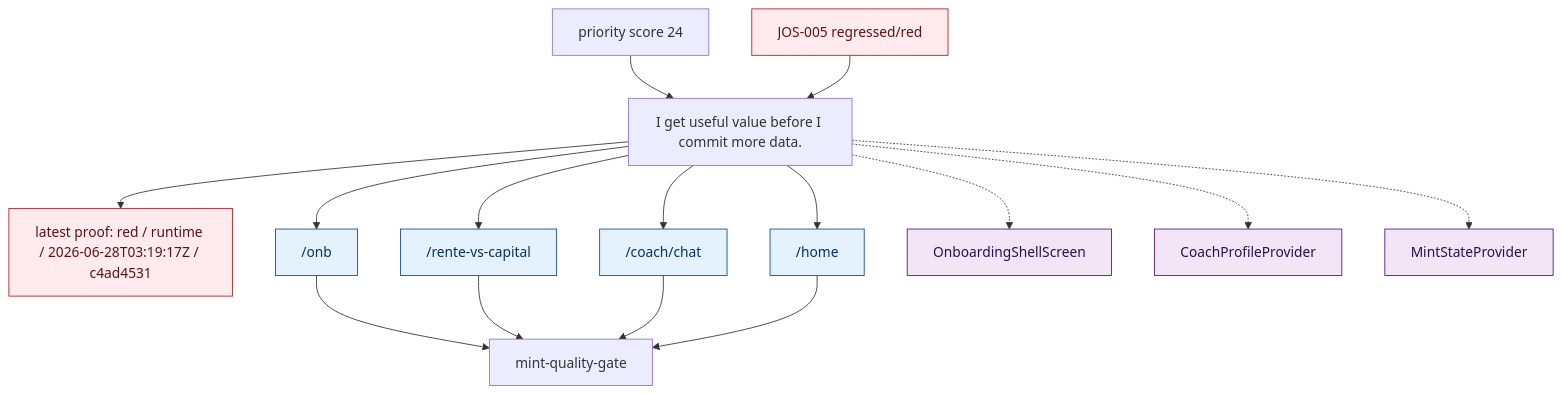
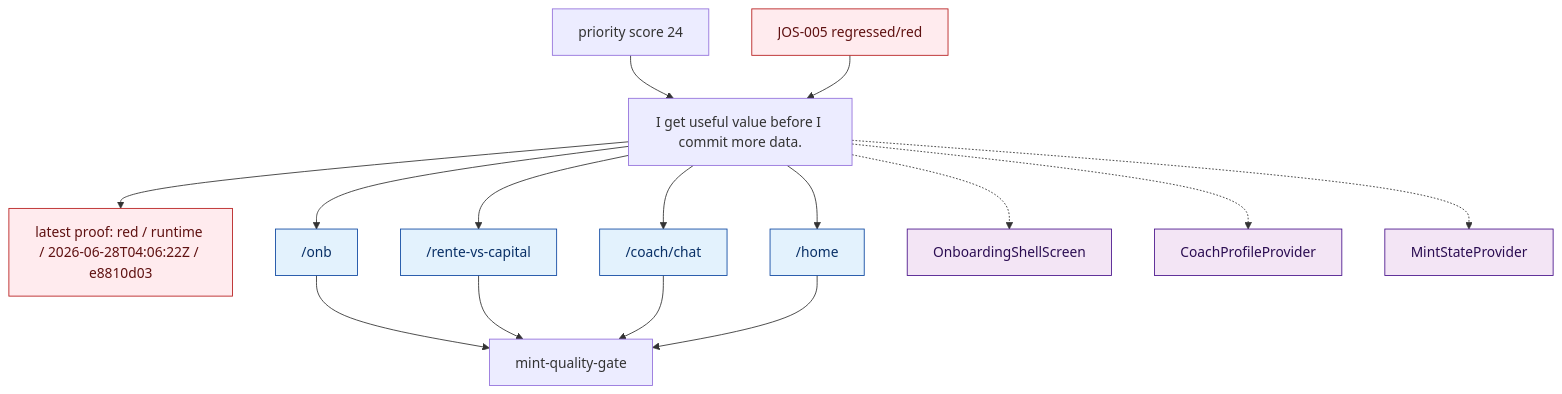
One commit to MINT-IA/MINT changed the diagram in .planning/journeys/diagrams/onboarding_first_value.mmd. Above: the diagram before and after it, drawn with Mermaid. The commit also changed 12 other files, not shown here.

```diff
--- a/.planning/journeys/diagrams/onboarding_first_value.mmd
+++ b/.planning/journeys/diagrams/onboarding_first_value.mmd
@@ -1,45 +1,45 @@
 %% Generated from .planning/journeys/records/onboarding_first_value.json
 flowchart TD
   promise["I get useful value before I commit more data."]
   team["mint-quality-gate"]
-  latest["latest proof: red / runtime / 2026-06-28T03:19:17Z / c4ad4531"]
+  latest["latest proof: red / runtime / 2026-06-28T04:06:22Z / e8810d03"]
   promise --> latest
   classDef green fill:#e8f5e9,stroke:#1b5e20,color:#0b3d1a;
   classDef red fill:#ffebee,stroke:#b71c1c,color:#5f1111;
   classDef amber fill:#fff8e1,stroke:#ff8f00,color:#5f3b00;
   classDef blocked fill:#eceff1,stroke:#455a64,color:#263238;
   classDef neutral fill:#f5f5f5,stroke:#616161,color:#212121;
   classDef route fill:#e3f2fd,stroke:#0d47a1,color:#082f66;
   classDef surface fill:#f3e5f5,stroke:#4a148c,color:#2b0d52;
   classDef api fill:#e0f2f1,stroke:#00695c,color:#003d35;
   class latest red
   priority["priority score 24"]
   priority --> promise
   route_onb["/onb"]
   promise --> route_onb
   route_onb --> team
   class route_onb route
   route_rente_vs_capital["/rente-vs-capital"]
   promise --> route_rente_vs_capital
   route_rente_vs_capital --> team
   class route_rente_vs_capital route
   route_coach_chat["/coach/chat"]
   promise --> route_coach_chat
   route_coach_chat --> team
   class route_coach_chat route
   route_home["/home"]
   promise --> route_home
   route_home --> team
   class route_home route
   surface_OnboardingShellScreen["OnboardingShellScreen"]
   promise -.-> surface_OnboardingShellScreen
   class surface_OnboardingShellScreen surface
   surface_CoachProfileProvider["CoachProfileProvider"]
   promise -.-> surface_CoachProfileProvider
   class surface_CoachProfileProvider surface
   surface_MintStateProvider["MintStateProvider"]
   promise -.-> surface_MintStateProvider
   class surface_MintStateProvider surface
   issue_JOS_005["JOS-005 regressed/red"]
   issue_JOS_005 --> promise
   class issue_JOS_005 red
```
